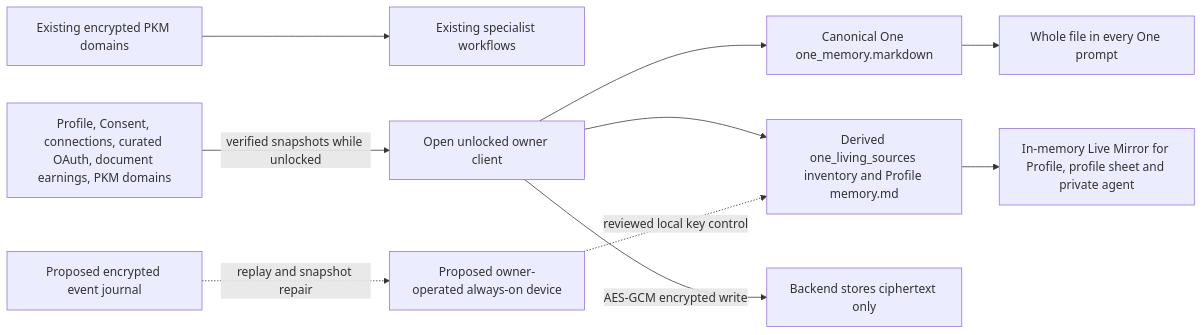
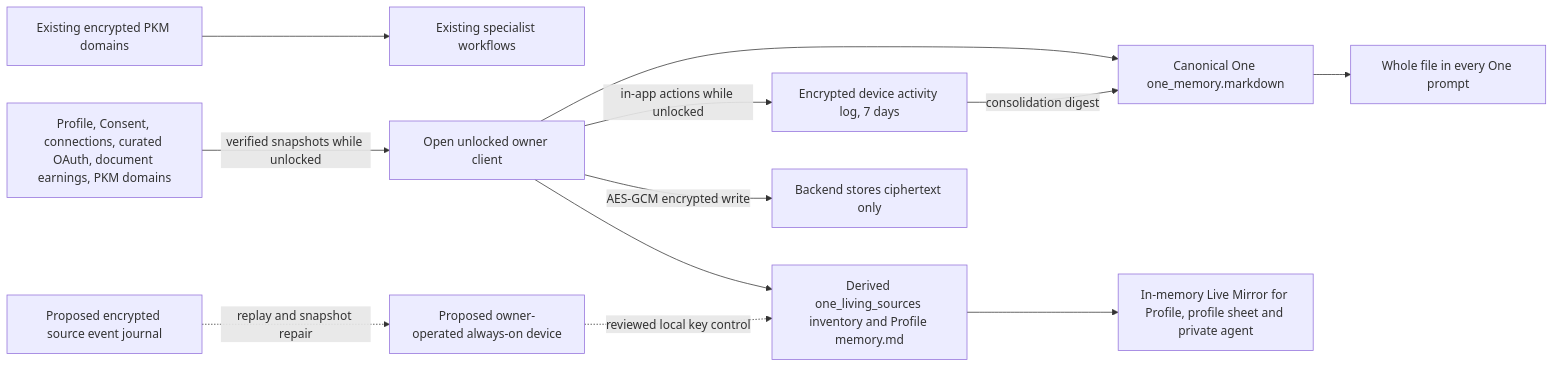
One commit to hushh-labs/hushh-research changed the diagram in docs/reference/architecture/living-memory-freshness-adr.md. Above: the diagram before and after it, drawn with Mermaid. The commit also changed other lines of this file and 67 other files, not shown here.

First line of the commit message:
Live activity memory: O(1) in-app activity log consolidated into memory.md

````diff
--- a/docs/reference/architecture/living-memory-freshness-adr.md
+++ b/docs/reference/architecture/living-memory-freshness-adr.md
@@ -8,13 +8,15 @@
 ```mermaid
 flowchart LR
   Legacy[Existing encrypted PKM domains] --> Specialists[Existing specialist workflows]
   Client[Open unlocked owner client]
   Client --> ChatMemory[Canonical One one_memory.markdown]
   ChatMemory --> Prompt[Whole file in every One prompt]
   Sources[Profile, Consent, connections, curated OAuth, document earnings, PKM domains] -->|verified snapshots while unlocked| Client
   Client --> Living[Derived one_living_sources inventory and Profile memory.md]
   Living --> Mirror[In-memory Live Mirror for Profile, profile sheet and private agent]
+  Client -->|in-app actions while unlocked| Activity[Encrypted device activity log, 7 days]
+  Activity -->|consolidation digest| ChatMemory
   Client -->|AES-GCM encrypted write| Backend[Backend stores ciphertext only]
-  Journal[Proposed encrypted event journal] -. replay and snapshot repair .-> Device[Proposed owner-operated always-on device]
+  Journal[Proposed encrypted source event journal] -. replay and snapshot repair .-> Device[Proposed owner-operated always-on device]
   Device -. reviewed local key control .-> Living
 ```
````
